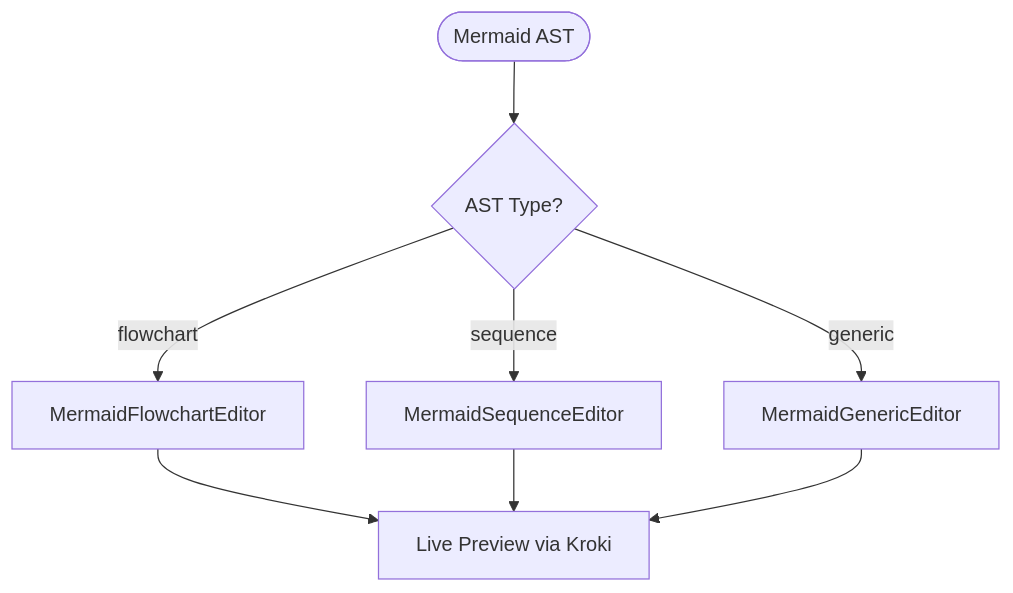
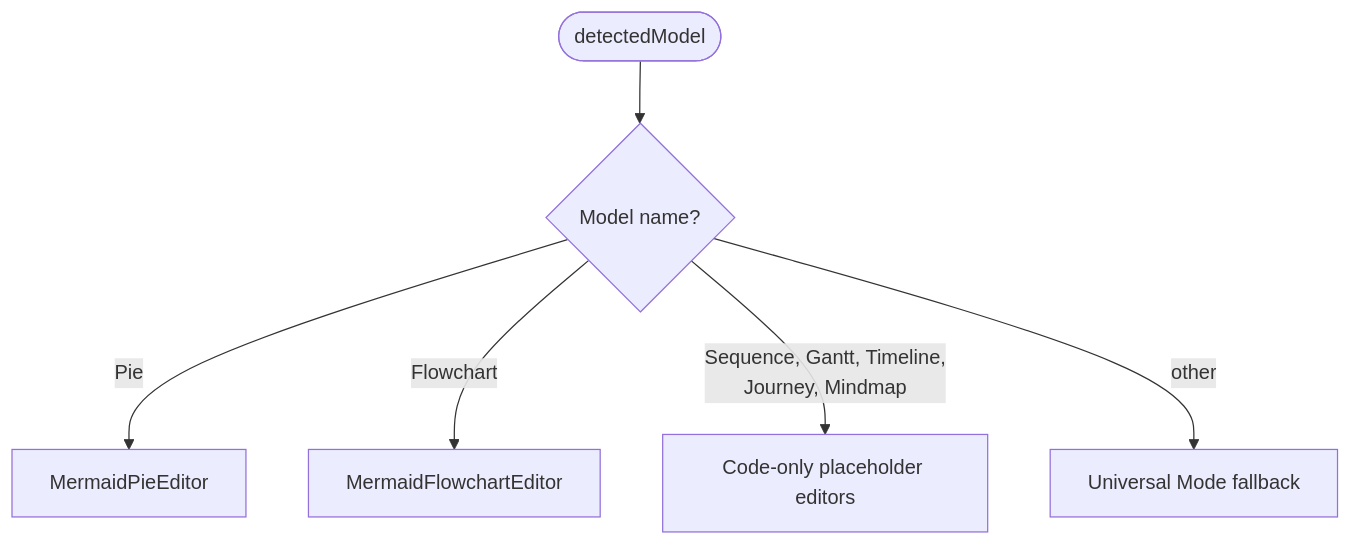
The fourth of 6 diagrams in .qoder/repowiki/en/content/Diagram Types and Formats/Specialized Diagram Formats.md (ongchonghian/universal-diagram-editor), drawn with Mermaid before and after one commit. The commit also changed other lines of this file and 31 other files, not shown here.

````diff
--- a/.qoder/repowiki/en/content/Diagram Types and Formats/Specialized Diagram Formats.md
+++ b/.qoder/repowiki/en/content/Diagram Types and Formats/Specialized Diagram Formats.md
@@ -242,10 +244,8 @@
 ```mermaid
 flowchart TD
-Start(["Mermaid AST"]) --> Type{"AST Type?"}
-Type --> |flowchart| Flow["MermaidFlowchartEditor"]
-Type --> |sequence| Seq["MermaidSequenceEditor"]
-Type --> |generic| Gen["MermaidGenericEditor"]
-Flow --> Preview["Live Preview via Kroki"]
-Seq --> Preview
-Gen --> Preview
+Start(["detectedModel"]) --> Type{"Model name?"}
+Type --> |Pie| Pie["MermaidPieEditor"]
+Type --> |Flowchart| Flow["MermaidFlowchartEditor"]
+Type --> |Sequence, Gantt, Timeline,<br/>Journey, Mindmap| Stub["Code-only placeholder editors"]
+Type --> |other| Gen["Universal Mode fallback"]
 ```
````
